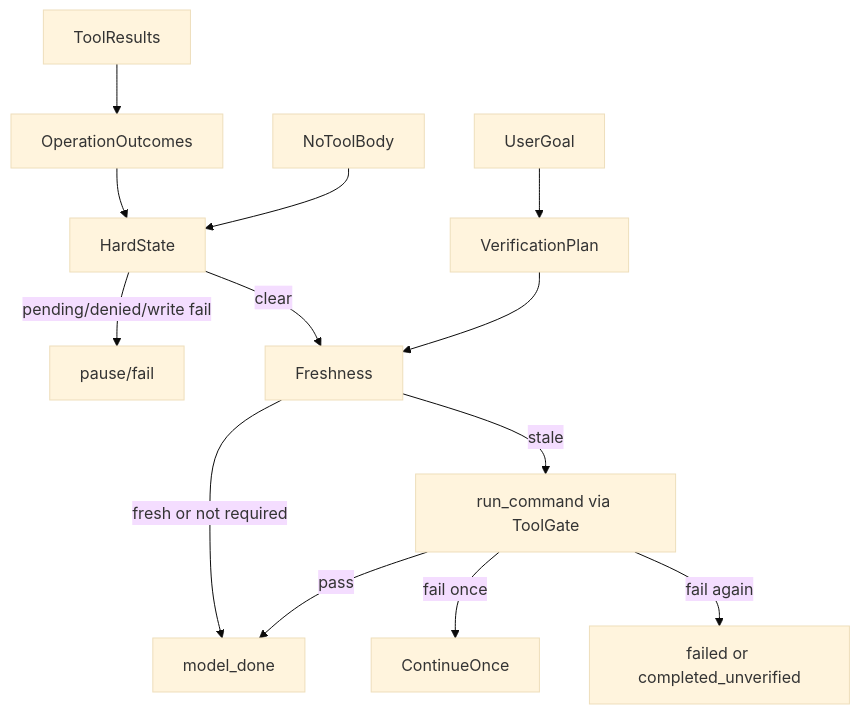
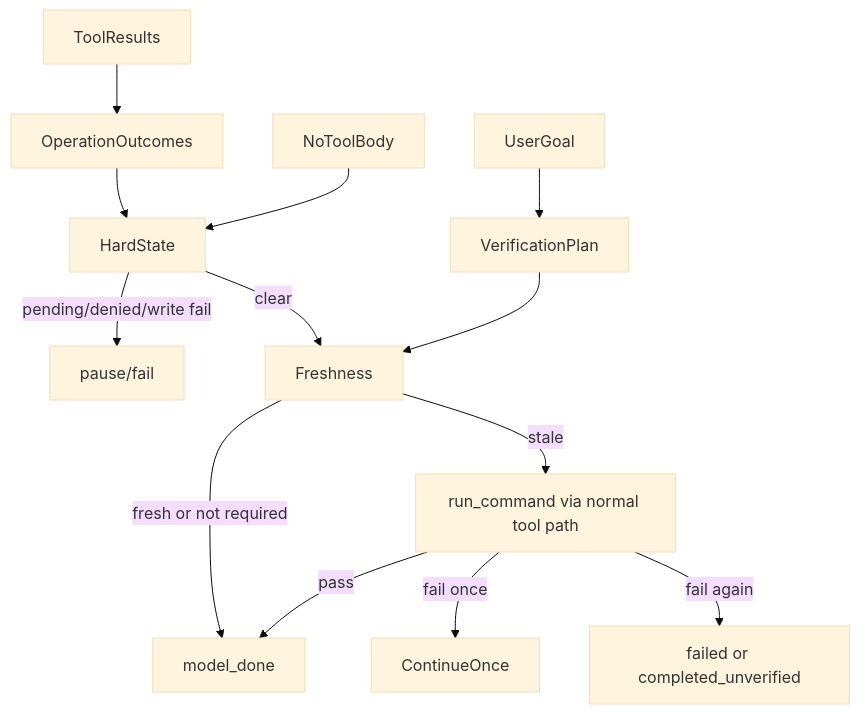
One commit to lbiceman/iceCoder changed the diagram in docs/harness/Harness-L2与Gate工作逻辑.md. Above: the diagram before and after it, drawn with Mermaid (base theme). The commit also changed other lines of this file and 211 other files, not shown here.

````diff
--- a/docs/harness/Harness-L2与Gate工作逻辑.md
+++ b/docs/harness/Harness-L2与Gate工作逻辑.md
@@ -16,15 +18,15 @@
 ```mermaid
 flowchart TD
   UserGoal[UserGoal] --> Plan[VerificationPlan]
   ToolResults[ToolResults] --> Outcomes[OperationOutcomes]
   Outcomes --> Hard[HardState]
   Answer[NoToolBody] --> Hard
   Hard -->|pending/denied/write fail| PauseOrFail[pause/fail]
   Hard -->|clear| Fresh[Freshness]
   Plan --> Fresh
   Fresh -->|fresh or not required| Complete[model_done]
-  Fresh -->|stale| Run[run_command via ToolGate]
+  Fresh -->|stale| Run[run_command via normal tool path]
   Run -->|pass| Complete
   Run -->|fail once| Continue[ContinueOnce]
   Run -->|fail again| Terminal[failed or completed_unverified]
 ```
````
